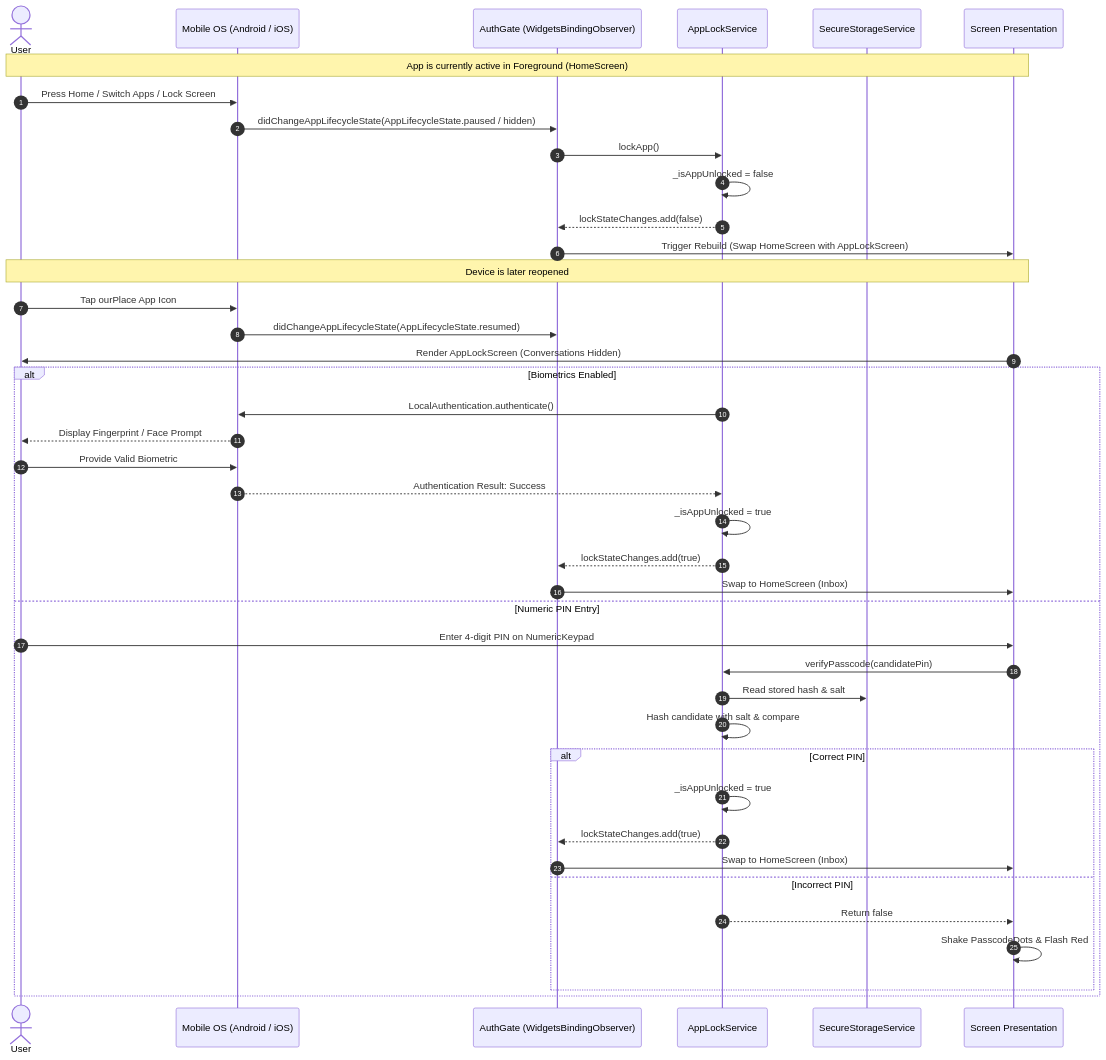
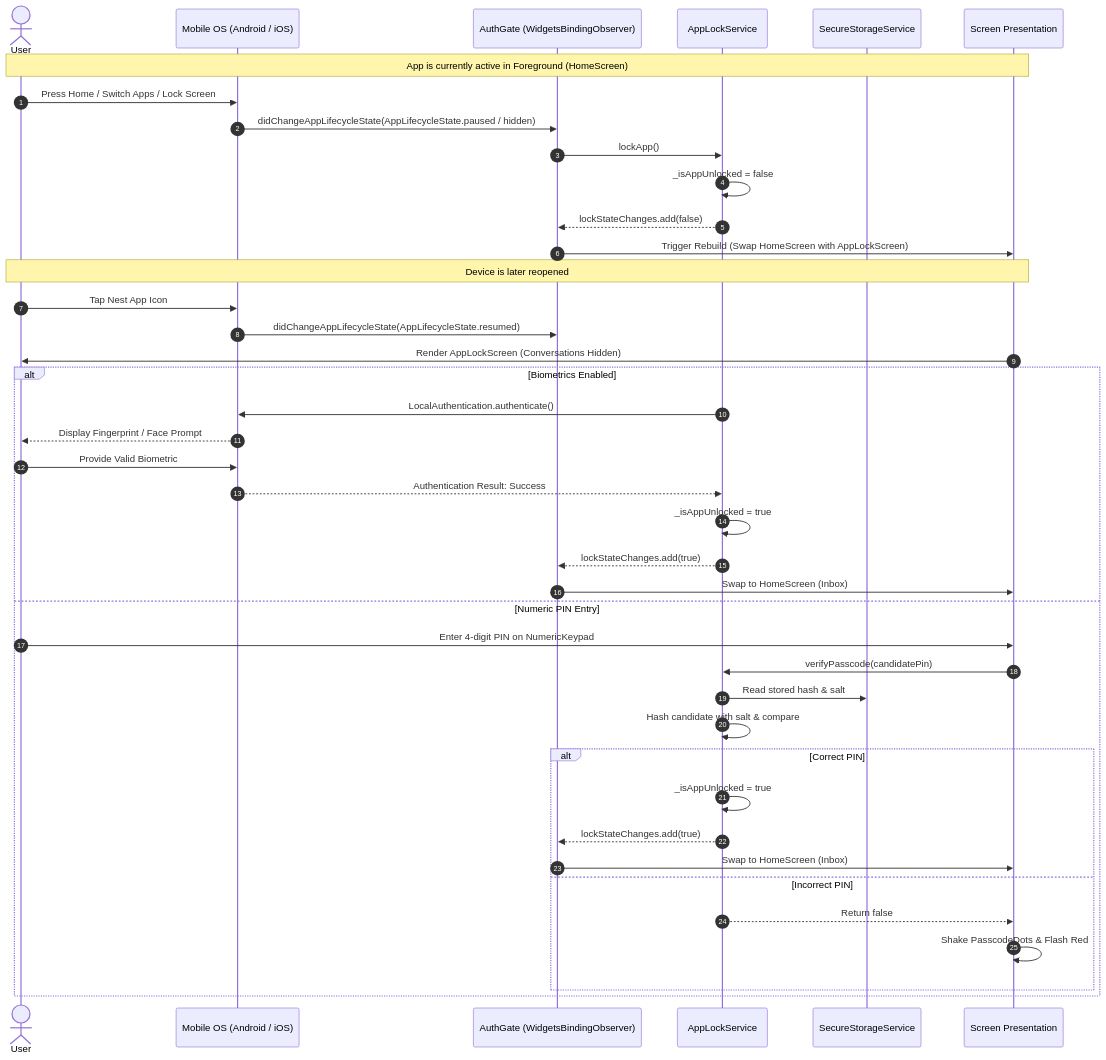
Before and after one commit to nazmulfahim3010/ourPlace: the fourth of 21 diagrams in diagram.md, drawn with Mermaid. The commit also changed other lines of this file and 88 other files, not shown here.

````diff
--- a/diagram.md
+++ b/diagram.md
@@ -203,46 +203,46 @@
 ```mermaid
 sequenceDiagram
     autonumber
     actor User
     participant OS as Mobile OS (Android / iOS)
     participant AuthGate as AuthGate (WidgetsBindingObserver)
     participant AppLockService as AppLockService
     participant Keystore as SecureStorageService
     participant UI as Screen Presentation
 
     Note over User,UI: App is currently active in Foreground (HomeScreen)
     User->>OS: Press Home / Switch Apps / Lock Screen
     OS->>AuthGate: didChangeAppLifecycleState(AppLifecycleState.paused / hidden)
     AuthGate->>AppLockService: lockApp()
     AppLockService->>AppLockService: _isAppUnlocked = false
     AppLockService-->>AuthGate: lockStateChanges.add(false)
     AuthGate->>UI: Trigger Rebuild (Swap HomeScreen with AppLockScreen)
 
     Note over User,UI: Device is later reopened
-    User->>OS: Tap ourPlace App Icon
+    User->>OS: Tap Nest App Icon
     OS->>AuthGate: didChangeAppLifecycleState(AppLifecycleState.resumed)
     UI->>User: Render AppLockScreen (Conversations Hidden)
     
     alt Biometrics Enabled
         AppLockService->>OS: LocalAuthentication.authenticate()
         OS-->>User: Display Fingerprint / Face Prompt
         User->>OS: Provide Valid Biometric
         OS-->>AppLockService: Authentication Result: Success
         AppLockService->>AppLockService: _isAppUnlocked = true
         AppLockService-->>AuthGate: lockStateChanges.add(true)
         AuthGate->>UI: Swap to HomeScreen (Inbox)
     else Numeric PIN Entry
         User->>UI: Enter 4-digit PIN on NumericKeypad
         UI->>AppLockService: verifyPasscode(candidatePin)
         AppLockService->>Keystore: Read stored hash & salt
         AppLockService->>AppLockService: Hash candidate with salt & compare
         alt Correct PIN
             AppLockService->>AppLockService: _isAppUnlocked = true
             AppLockService-->>AuthGate: lockStateChanges.add(true)
             AuthGate->>UI: Swap to HomeScreen (Inbox)
         else Incorrect PIN
             AppLockService-->>UI: Return false
             UI->>UI: Shake PasscodeDots & Flash Red
         end
     end
 ```
````
